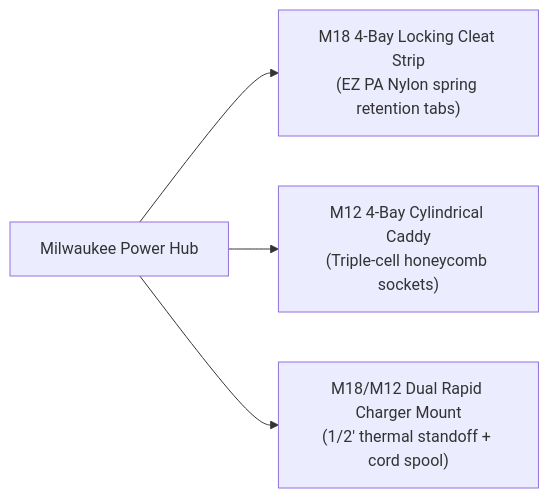
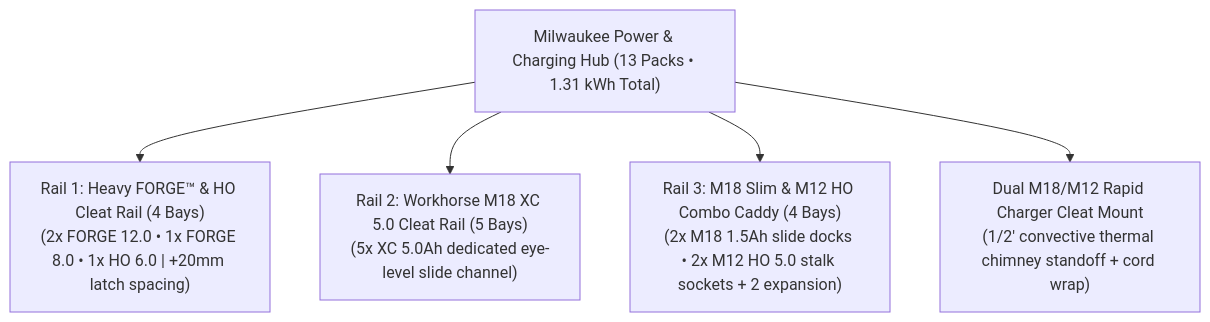
Before and after one commit to bar2sek/3d-printing: the diagram in Projects/Garage - Milwaukee M18 & M12 Tool & Battery Storage.md, drawn with Mermaid. The commit also changed other lines of this file and 1 other file, not shown here.

Commit message:
feat: add 19-tool cleat brackets and 3-rail battery print queue jobs

````diff
--- a/Projects/Garage - Milwaukee M18 & M12 Tool & Battery Storage.md
+++ b/Projects/Garage - Milwaukee M18 & M12 Tool & Battery Storage.md
@@ -78,6 +78,8 @@
 ```mermaid
-flowchart LR
-    A[Milwaukee Power Hub] --> B["M18 4-Bay Locking Cleat Strip<br>(EZ PA Nylon spring retention tabs)"]
-    A --> C["M12 4-Bay Cylindrical Caddy<br>(Triple-cell honeycomb sockets)"]
-    A --> D["M18/M12 Dual Rapid Charger Mount<br>(1/2' thermal standoff + cord spool)"]
+flowchart TD
+    Hub["Milwaukee Power & Charging Hub (13 Packs • 1.31 kWh Total)"]
+    Hub --> R1["Rail 1: Heavy FORGE™ & HO Cleat Rail (4 Bays)<br>(2x FORGE 12.0 • 1x FORGE 8.0 • 1x HO 6.0 | +20mm latch spacing)"]
+    Hub --> R2["Rail 2: Workhorse M18 XC 5.0 Cleat Rail (5 Bays)<br>(5x XC 5.0Ah dedicated eye-level slide channel)"]
+    Hub --> R3["Rail 3: M18 Slim & M12 HO Combo Caddy (4 Bays)<br>(2x M18 1.5Ah slide docks • 2x M12 HO 5.0 stalk sockets + 2 expansion)"]
+    Hub --> Chg["Dual M18/M12 Rapid Charger Cleat Mount<br>(1/2' convective thermal chimney standoff + cord wrap)"]
 ```
````
